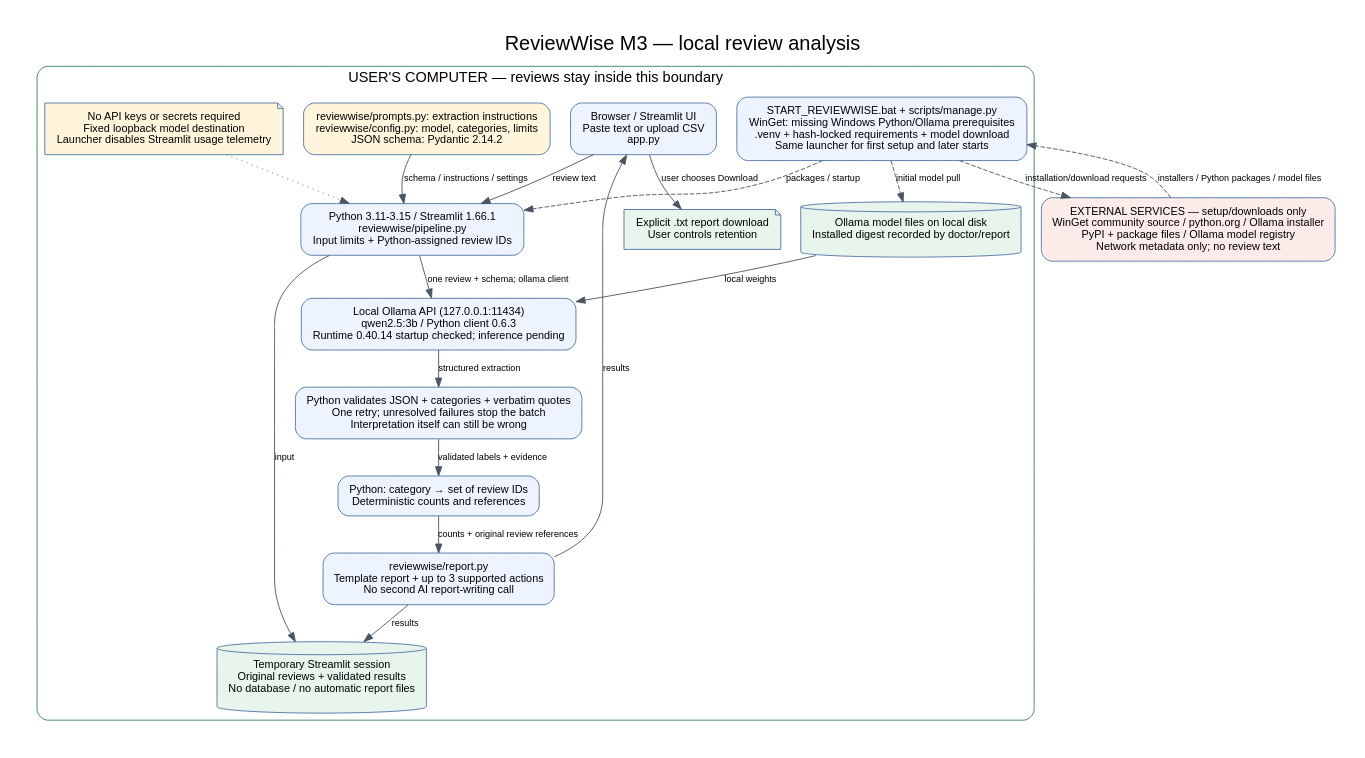
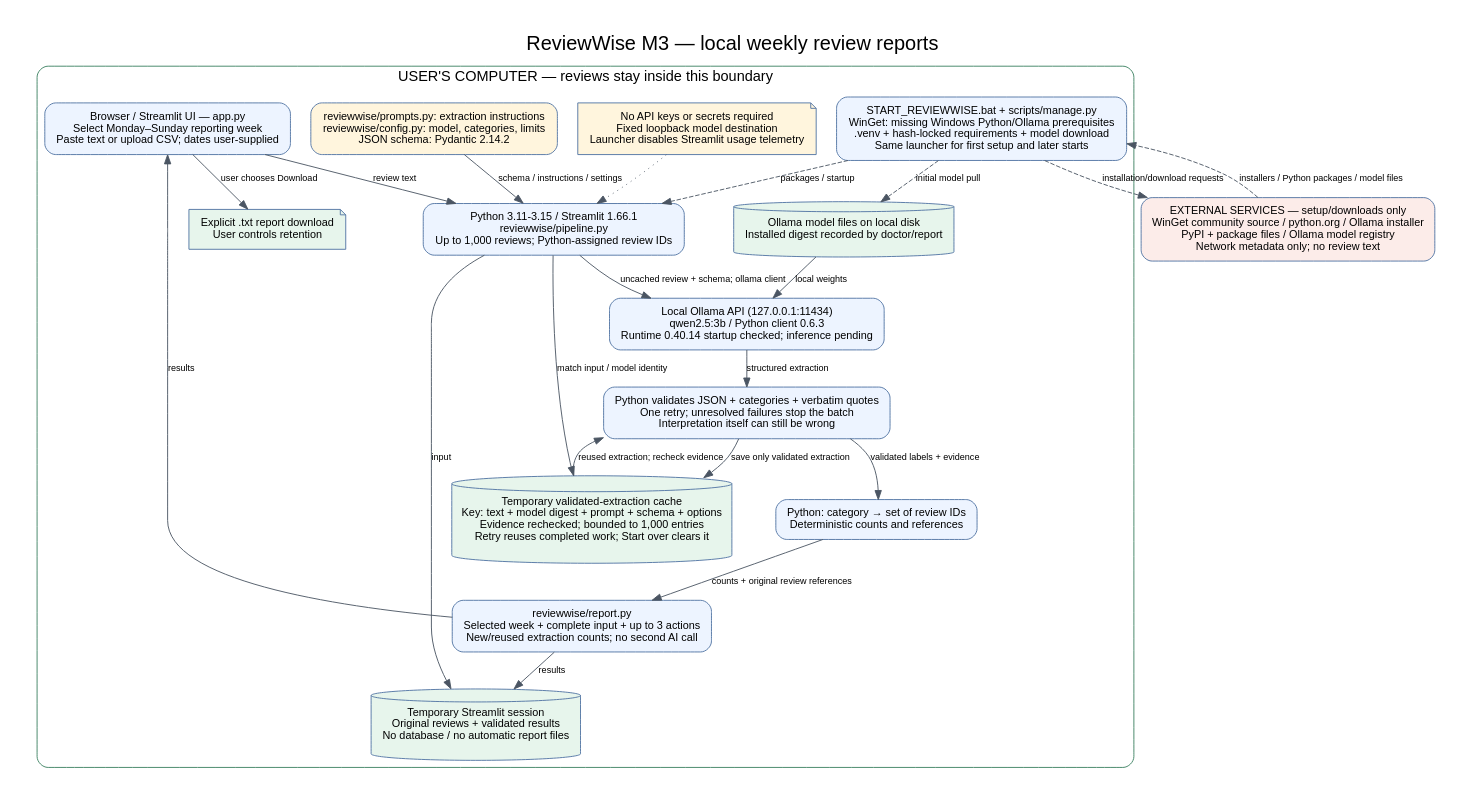
Before and after one commit to abdai-eman/reviewwise-ai: the diagram in docs/architecture.dot, drawn with Graphviz. The commit also changed 12 other files, not shown here.

Commit message:
Support full weekly review reports and reuse validated session analyses

```diff
--- a/docs/architecture.dot
+++ b/docs/architecture.dot
@@ -1,38 +1,42 @@
 digraph ReviewWise {
-  graph [rankdir=TB, bgcolor="white", fontname="Arial", pad="0.35", nodesep="0.3", ranksep="0.4", label="ReviewWise M3 — local review analysis", labelloc=t, fontsize=22];
+  graph [rankdir=TB, bgcolor="white", fontname="Arial", pad="0.35", nodesep="0.3", ranksep="0.4", label="ReviewWise M3 — local weekly review reports", labelloc=t, fontsize=22];
   node [shape=box, style="rounded,filled", fillcolor="#edf4ff", color="#5073a3", fontname="Arial", fontsize=12, margin="0.18,0.12"];
   edge [fontname="Arial", fontsize=10, color="#4b5563"];
   subgraph cluster_local {
     label="USER'S COMPUTER — reviews stay inside this boundary";
     color="#3b8060"; style="rounded"; fontname="Arial"; fontsize=16;
-    browser [label="Browser / Streamlit UI\nPaste text or upload CSV\napp.py"];
-    python [label="Python 3.11-3.15 / Streamlit 1.66.1\nreviewwise/pipeline.py\nInput limits + Python-assigned review IDs"];
+    browser [label="Browser / Streamlit UI — app.py\nSelect Monday–Sunday reporting week\nPaste text or upload CSV; dates user-supplied"];
+    python [label="Python 3.11-3.15 / Streamlit 1.66.1\nreviewwise/pipeline.py\nUp to 1,000 reviews; Python-assigned review IDs"];
     prompt [label="reviewwise/prompts.py: extraction instructions\nreviewwise/config.py: model, categories, limits\nJSON schema: Pydantic 2.14.2", fillcolor="#fff5dd"];
     ollama [label="Local Ollama API (127.0.0.1:11434)\nqwen2.5:3b / Python client 0.6.3\nRuntime 0.40.14 startup checked; inference pending"];
     validate [label="Python validates JSON + categories + verbatim quotes\nOne retry; unresolved failures stop the batch\nInterpretation itself can still be wrong"];
     count [label="Python: category → set of review IDs\nDeterministic counts and references"];
-    report [label="reviewwise/report.py\nTemplate report + up to 3 supported actions\nNo second AI report-writing call"];
+    report [label="reviewwise/report.py\nSelected week + complete input + up to 3 actions\nNew/reused extraction counts; no second AI call"];
     session [shape=cylinder, label="Temporary Streamlit session\nOriginal reviews + validated results\nNo database / no automatic report files", fillcolor="#e7f5ec"];
+    cache [shape=cylinder, label="Temporary validated-extraction cache\nKey: text + model digest + prompt + schema + options\nEvidence rechecked; bounded to 1,000 entries\nRetry reuses completed work; Start over clears it", fillcolor="#e7f5ec"];
     weights [shape=cylinder, label="Ollama model files on local disk\nInstalled digest recorded by doctor/report", fillcolor="#e7f5ec"];
     download [shape=note, label="Explicit .txt report download\nUser controls retention", fillcolor="#e7f5ec"];
     setup [label="START_REVIEWWISE.bat + scripts/manage.py\nWinGet: missing Windows Python/Ollama prerequisites\n.venv + hash-locked requirements + model download\nSame launcher for first setup and later starts"];
     secrets [shape=note, label="No API keys or secrets required\nFixed loopback model destination\nLauncher disables Streamlit usage telemetry", fillcolor="#fff5dd"];
     browser -> python [label="review text"];
     prompt -> python [label="schema / instructions / settings"];
-    python -> ollama [label="one review + schema; ollama client"];
+    python -> ollama [label="uncached review + schema; ollama client"];
+    python -> cache [label="match input / model identity"];
+    cache -> validate [label="reused extraction; recheck evidence"];
+    validate -> cache [label="save only validated extraction"];
     weights -> ollama [label="local weights"];
     ollama -> validate [label="structured extraction"];
     validate -> count [label="validated labels + evidence"];
     count -> report [label="counts + original review references"];
     report -> browser [label="results"];
     python -> session [label="input"];
     report -> session [label="results"];
     browser -> download [label="user chooses Download"];
     setup -> python [style=dashed, label="packages / startup"];
     setup -> weights [style=dashed, label="initial model pull"];
     secrets -> python [style=dotted];
   }
   internet [shape=box, fillcolor="#fcece9", label="EXTERNAL SERVICES — setup/downloads only\nWinGet community source / python.org / Ollama installer\nPyPI + package files / Ollama model registry\nNetwork metadata only; no review text"];
   setup -> internet [style=dashed, label="installation/download requests"];
   internet -> setup [style=dashed, label="installers / Python packages / model files"];
 }
```
